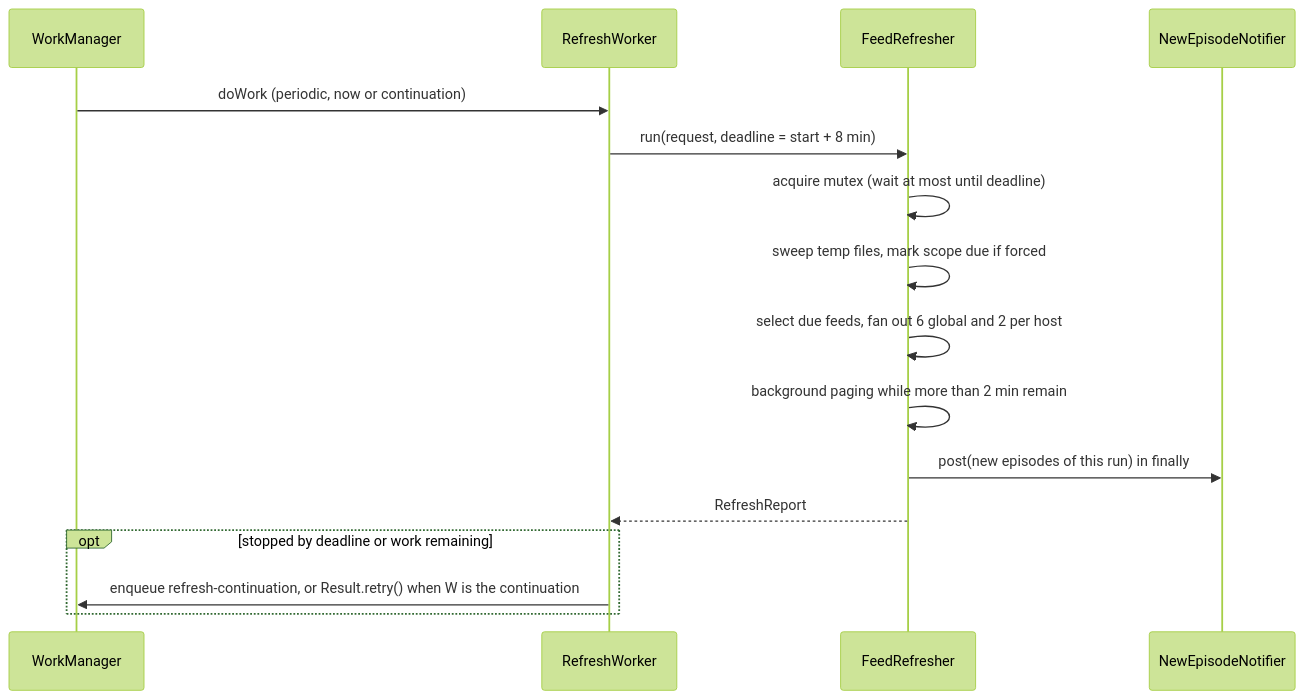
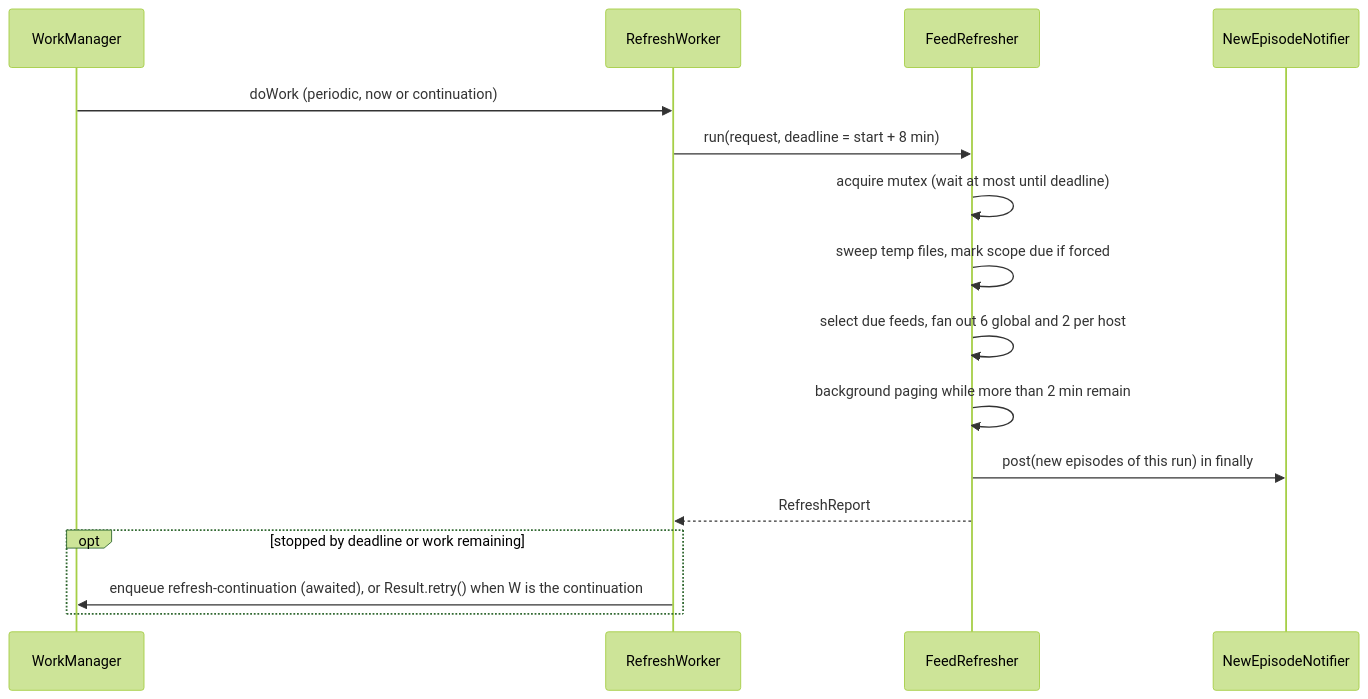
One commit to L-K-M/Neutrodyne changed the third of 5 diagrams in docs/design/03-feeds-and-discovery.md. Above: the diagram before and after it, drawn with Mermaid (forest theme). The commit also changed other lines of this file and 11 other files, not shown here.

````diff
--- a/docs/design/03-feeds-and-discovery.md
+++ b/docs/design/03-feeds-and-discovery.md
@@ -892,18 +898,18 @@
 ```mermaid
 sequenceDiagram
   participant WM as WorkManager
   participant W as RefreshWorker
   participant R as FeedRefresher
   participant N as NewEpisodeNotifier
   WM->>W: doWork (periodic, now or continuation)
   W->>R: run(request, deadline = start + 8 min)
   R->>R: acquire mutex (wait at most until deadline)
   R->>R: sweep temp files, mark scope due if forced
   R->>R: select due feeds, fan out 6 global and 2 per host
   R->>R: background paging while more than 2 min remain
   R->>N: post(new episodes of this run) in finally
   R-->>W: RefreshReport
   opt stopped by deadline or work remaining
-    W->>WM: enqueue refresh-continuation, or Result.retry() when W is the continuation
+    W->>WM: enqueue refresh-continuation (awaited), or Result.retry() when W is the continuation
   end
 ```
````
